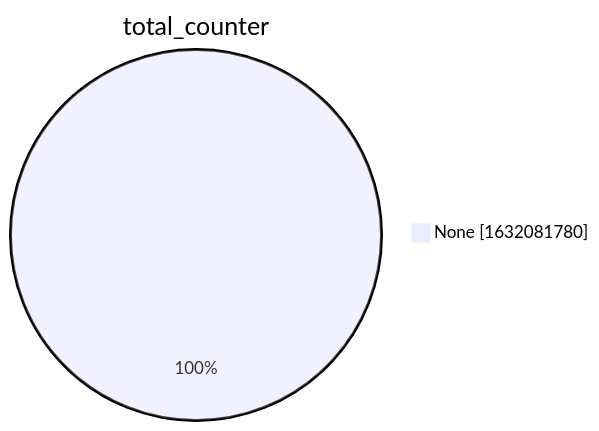
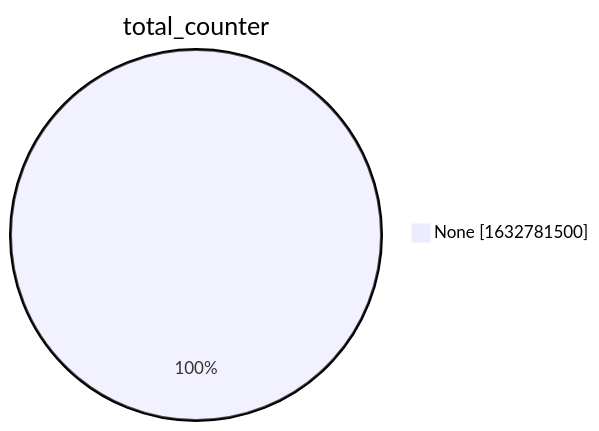
Before and after one commit to christiankrug/ctmonitor_visualization: the second of 15 diagrams in xenon2022/README.md, drawn with Mermaid. The commit also changed other lines of this file, not shown here.

````diff
--- a/xenon2022/README.md
+++ b/xenon2022/README.md
@@ -9,5 +9,5 @@
 ```mermaid
 pie showData
 title total_counter
-"None" :1632081780
+"None" :1632781500
 ```
````
